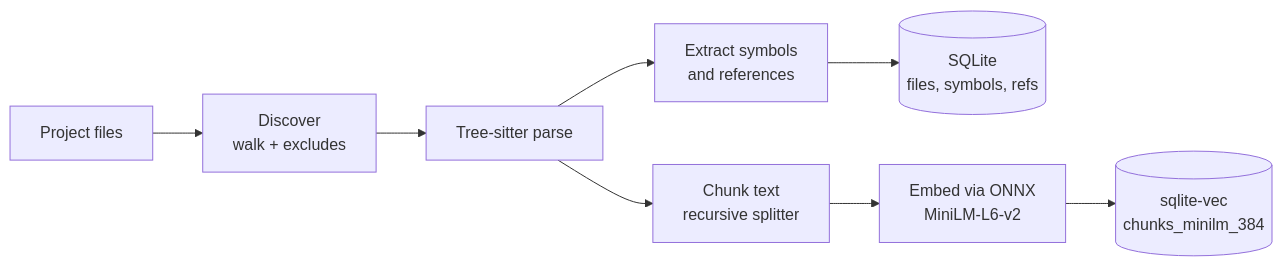
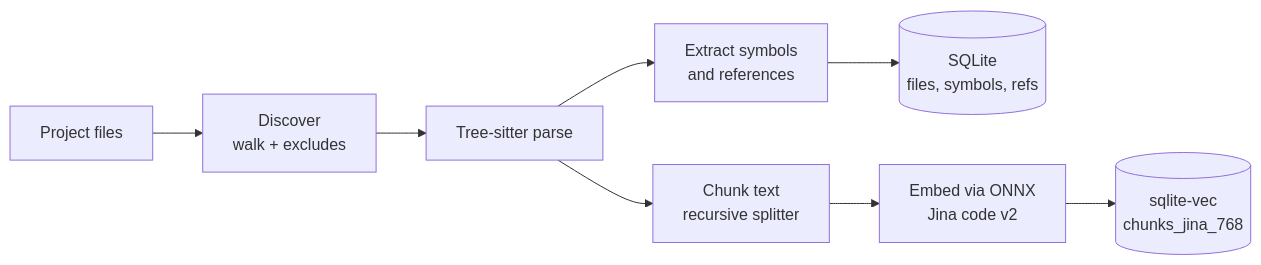
The first of 3 diagrams in README.md (iliaal/codesage), drawn with Mermaid before and after one commit. The commit also changed other lines of this file and 33 other files, not shown here.

````diff
--- a/README.md
+++ b/README.md
@@ -341,10 +343,10 @@
 ```mermaid
 flowchart LR
     A[Project files] --> B[Discover<br/>walk + excludes]
     B --> C[Tree-sitter parse]
     C --> D[Extract symbols<br/>and references]
     C --> E[Chunk text<br/>recursive splitter]
     D --> F[(SQLite<br/>files, symbols, refs)]
-    E --> G[Embed via ONNX<br/>MiniLM-L6-v2]
-    G --> H[(sqlite-vec<br/>chunks_minilm_384)]
+    E --> G[Embed via ONNX<br/>Jina code v2]
+    G --> H[(sqlite-vec<br/>chunks_jina_768)]
 ```
````
